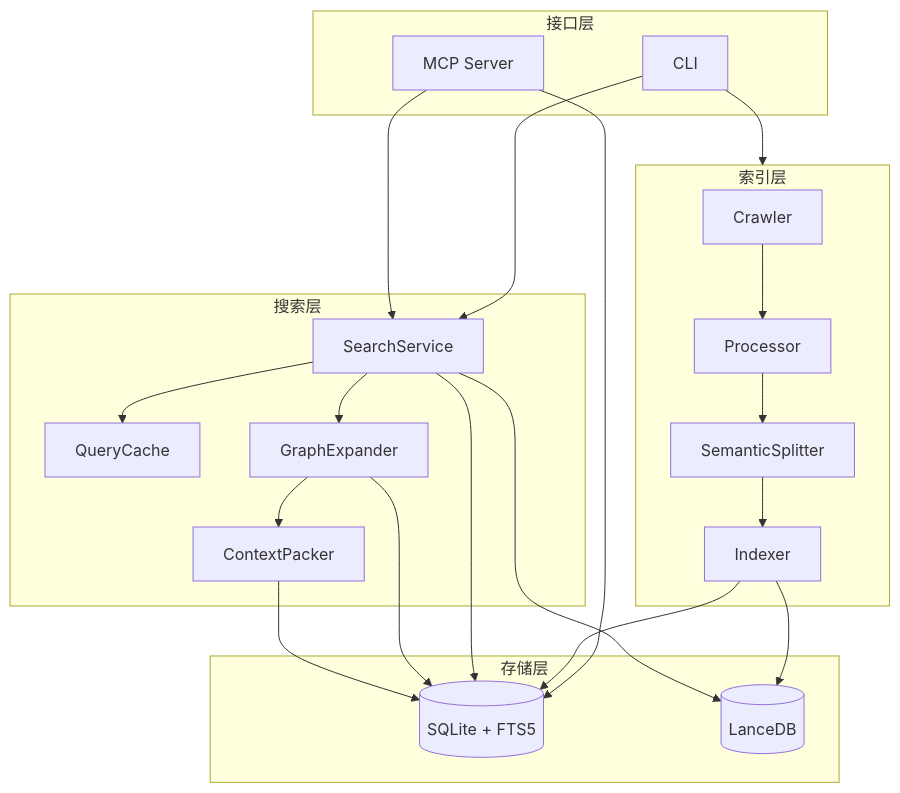
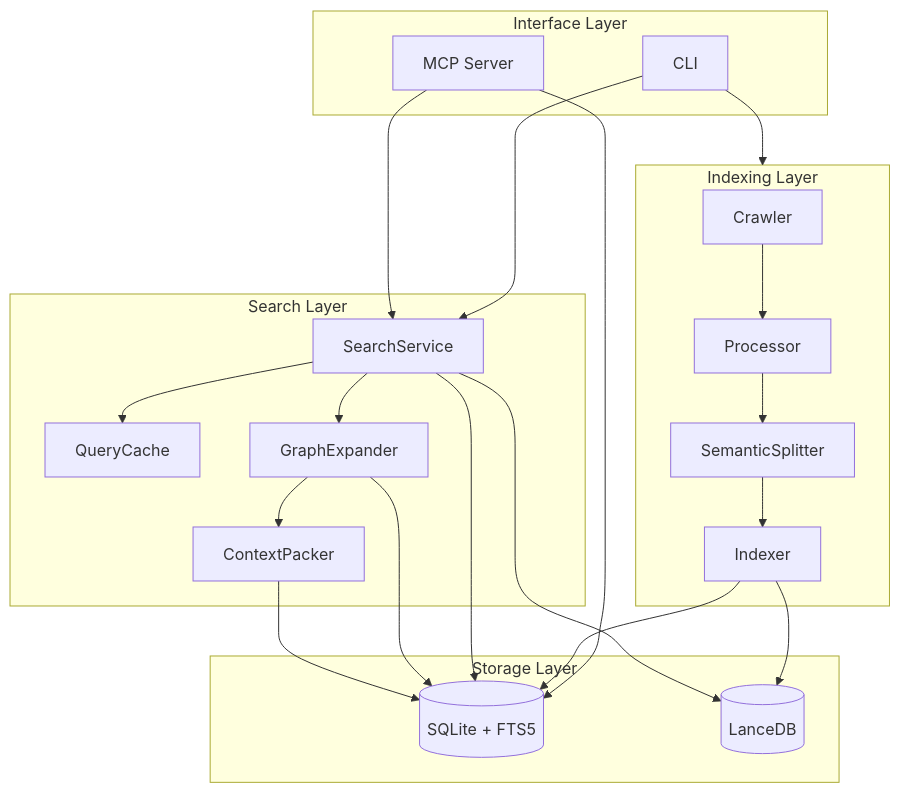
One commit to wchiway/contextweaver-website changed the diagram in docs/architecture/overview.md. Above: the diagram before and after it, drawn with Mermaid. The commit also changed other lines of this file and 60 other files, not shown here.

````diff
--- a/docs/architecture/overview.md
+++ b/docs/architecture/overview.md
@@ -5,40 +5,40 @@
 ```mermaid
 flowchart TB
-  subgraph Interface[接口层]
+  subgraph Interface[Interface Layer]
     CLI[CLI]
     MCP[MCP Server]
   end
 
-  subgraph Indexing[索引层]
+  subgraph Indexing[Indexing Layer]
     Crawler[Crawler]
     Processor[Processor]
     Splitter[SemanticSplitter]
     Indexer[Indexer]
   end
 
-  subgraph Storage[存储层]
+  subgraph Storage[Storage Layer]
     SQLite[(SQLite + FTS5)]
     LanceDB[(LanceDB)]
   end
 
-  subgraph Search[搜索层]
+  subgraph Search[Search Layer]
     QueryCache[QueryCache]
     SearchService[SearchService]
     GraphExpander[GraphExpander]
     ContextPacker[ContextPacker]
   end
 
   CLI --> Indexing
   CLI --> SearchService
   MCP --> SearchService
   MCP --> SQLite
   Crawler --> Processor --> Splitter --> Indexer
   Indexer --> SQLite
   Indexer --> LanceDB
   SearchService --> QueryCache
   SearchService --> SQLite
   SearchService --> LanceDB
   SearchService --> GraphExpander --> ContextPacker
   GraphExpander --> SQLite
   ContextPacker --> SQLite
 ```
````
